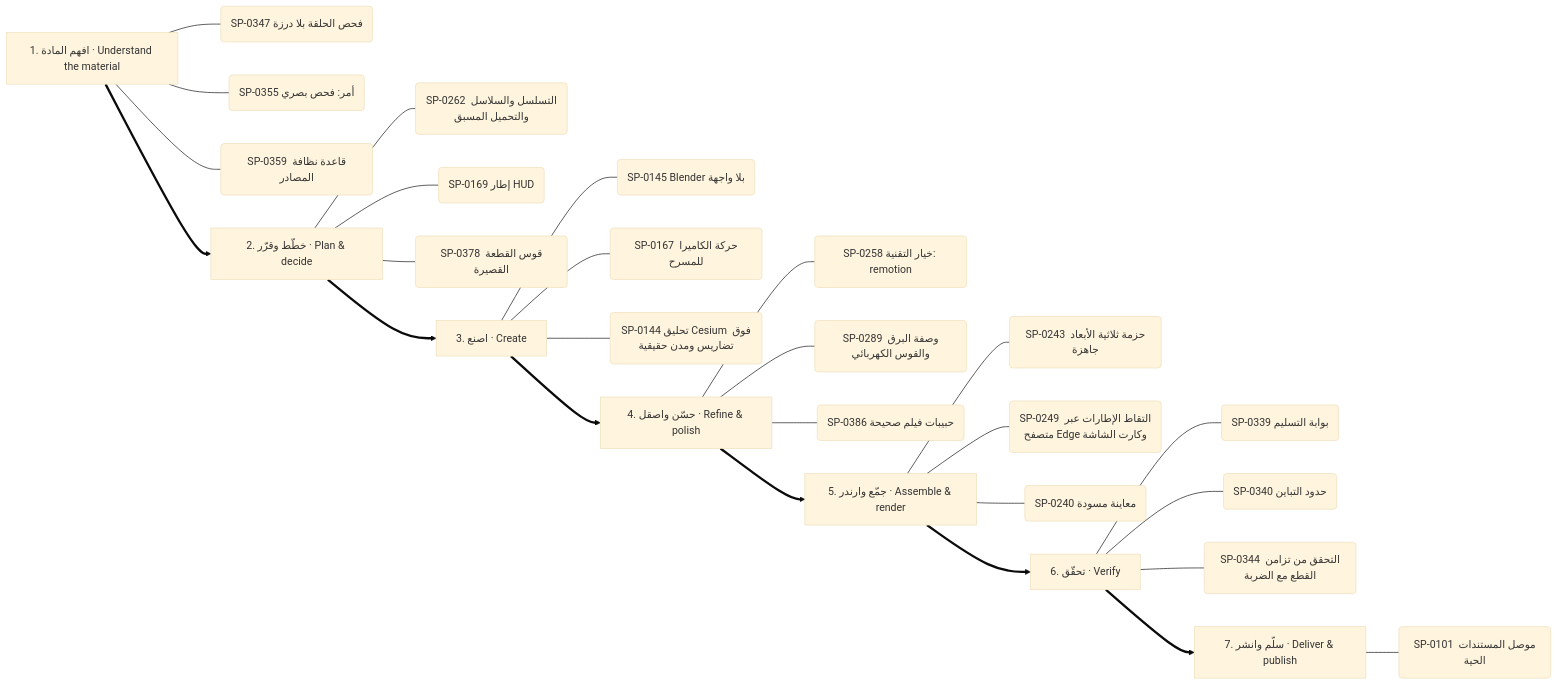
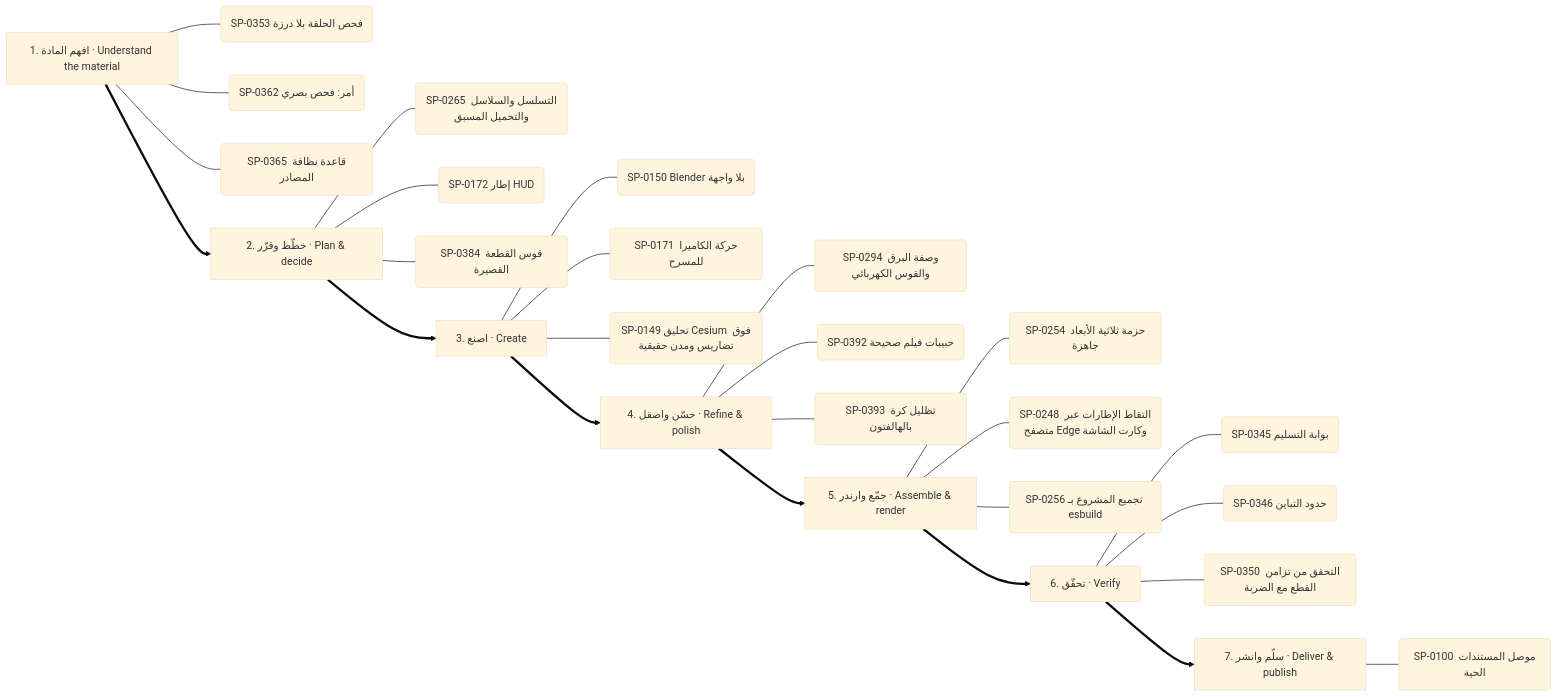
Before and after one commit to kosif199022-jpg/kosif-tool: the eighth of 13 diagrams in .claude/skills/kosif-superpowers/references/capability-mindmap.md, drawn with Mermaid (base theme). The commit also changed other lines of this file and 146 other files, not shown here.

````diff
--- a/.claude/skills/kosif-superpowers/references/capability-mindmap.md
+++ b/.claude/skills/kosif-superpowers/references/capability-mindmap.md
@@ -407,35 +407,35 @@
 ```mermaid
 flowchart LR
   S0["1. افهم المادة · Understand the material"]
-  S0 --- S0_0("SP-0347 فحص الحلقة بلا درزة")
-  S0 --- S0_1("SP-0355 أمر: فحص بصري")
-  S0 --- S0_2("SP-0359 قاعدة نظافة المصادر")
+  S0 --- S0_0("SP-0353 فحص الحلقة بلا درزة")
+  S0 --- S0_1("SP-0362 أمر: فحص بصري")
+  S0 --- S0_2("SP-0365 قاعدة نظافة المصادر")
   S1["2. خطّط وقرّر · Plan & decide"]
-  S1 --- S1_0("SP-0262 التسلسل والسلاسل والتحميل المسبق")
-  S1 --- S1_1("SP-0169 إطار HUD")
-  S1 --- S1_2("SP-0378 قوس القطعة القصيرة")
+  S1 --- S1_0("SP-0265 التسلسل والسلاسل والتحميل المسبق")
+  S1 --- S1_1("SP-0172 إطار HUD")
+  S1 --- S1_2("SP-0384 قوس القطعة القصيرة")
   S0 ==> S1
   S2["3. اصنع · Create"]
-  S2 --- S2_0("SP-0145 Blender بلا واجهة")
-  S2 --- S2_1("SP-0167 حركة الكاميرا للمسرح")
-  S2 --- S2_2("SP-0144 تحليق Cesium فوق تضاريس ومدن حقيقية")
+  S2 --- S2_0("SP-0150 Blender بلا واجهة")
+  S2 --- S2_1("SP-0171 حركة الكاميرا للمسرح")
+  S2 --- S2_2("SP-0149 تحليق Cesium فوق تضاريس ومدن حقيقية")
   S1 ==> S2
   S3["4. حسّن واصقل · Refine & polish"]
-  S3 --- S3_0("SP-0258 خيار التقنية: remotion")
-  S3 --- S3_1("SP-0289 وصفة البرق والقوس الكهربائي")
-  S3 --- S3_2("SP-0386 حبيبات فيلم صحيحة")
+  S3 --- S3_0("SP-0294 وصفة البرق والقوس الكهربائي")
+  S3 --- S3_1("SP-0392 حبيبات فيلم صحيحة")
+  S3 --- S3_2("SP-0393 تظليل كرة بالهالفتون")
   S2 ==> S3
   S4["5. جمّع وارندر · Assemble & render"]
-  S4 --- S4_0("SP-0243 حزمة ثلاثية الأبعاد جاهزة")
-  S4 --- S4_1("SP-0249 التقاط الإطارات عبر متصفح Edge وكارت الشاشة")
-  S4 --- S4_2("SP-0240 معاينة مسودة")
+  S4 --- S4_0("SP-0254 حزمة ثلاثية الأبعاد جاهزة")
+  S4 --- S4_1("SP-0248 التقاط الإطارات عبر متصفح Edge وكارت الشاشة")
+  S4 --- S4_2("SP-0256 تجميع المشروع بـ esbuild")
   S3 ==> S4
   S5["6. تحقّق · Verify"]
-  S5 --- S5_0("SP-0339 بوابة التسليم")
-  S5 --- S5_1("SP-0340 حدود التباين")
-  S5 --- S5_2("SP-0344 التحقق من تزامن القطع مع الضربة")
+  S5 --- S5_0("SP-0345 بوابة التسليم")
+  S5 --- S5_1("SP-0346 حدود التباين")
+  S5 --- S5_2("SP-0350 التحقق من تزامن القطع مع الضربة")
   S4 ==> S5
   S6["7. سلّم وانشر · Deliver & publish"]
-  S6 --- S6_0("SP-0101 موصل المستندات الحية")
+  S6 --- S6_0("SP-0100 موصل المستندات الحية")
   S5 ==> S6
 ```
````
